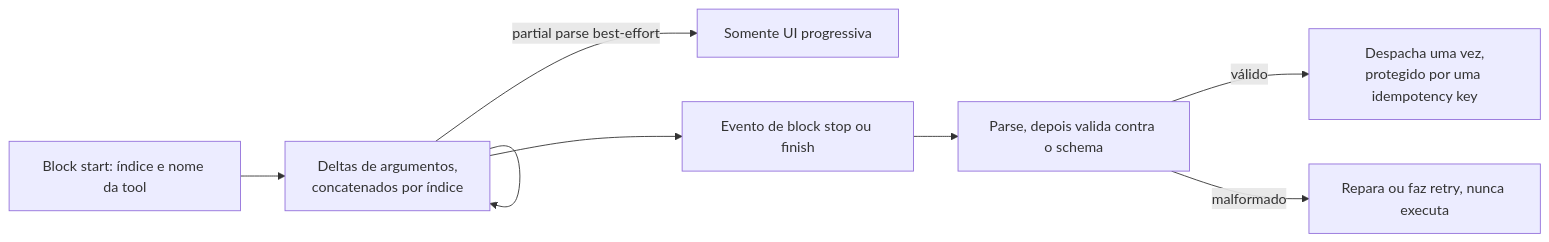
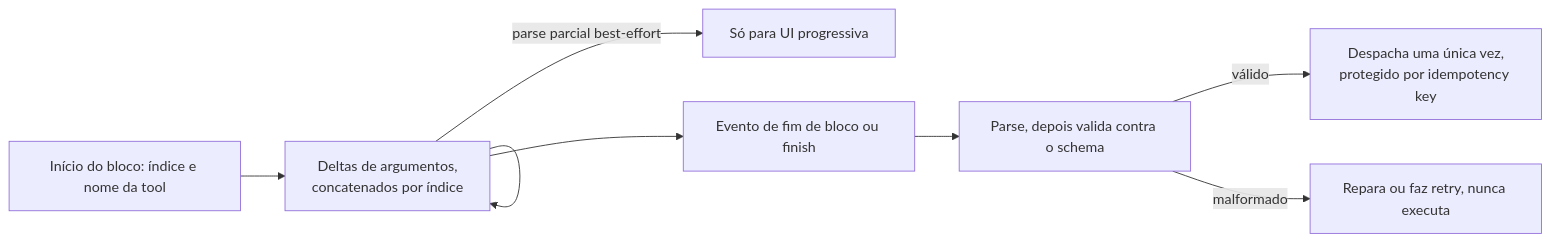
Before and after one commit to andrevberaldo/AI-Engineer-Interview-Questions: diagram 14 of 28 in 08-inference-and-production/questions.pt-BR.md, drawn with Mermaid. The commit also changed other lines of this file and 1 other file, not shown here.

````diff
--- a/08-inference-and-production/questions.pt-BR.md
+++ b/08-inference-and-production/questions.pt-BR.md
@@ -711,10 +711,10 @@
 ```mermaid
 flowchart LR
-    S["Block start: índice e nome da tool"] --> D["Deltas de argumentos,<br/>concatenados por índice"]
+    S["Início do bloco: índice e nome da tool"] --> D["Deltas de argumentos,<br/>concatenados por índice"]
     D --> D
-    D -->|"partial parse best-effort"| UI["Somente UI progressiva"]
-    D --> B["Evento de block stop ou finish"]
+    D -->|"parse parcial best-effort"| UI["Só para UI progressiva"]
+    D --> B["Evento de fim de bloco ou finish"]
     B --> V["Parse, depois valida contra o schema"]
-    V -->|"válido"| X["Despacha uma vez,<br/>protegido por uma idempotency key"]
+    V -->|"válido"| X["Despacha uma única vez,<br/>protegido por idempotency key"]
     V -->|"malformado"| RP["Repara ou faz retry, nunca executa"]
 ```
````
